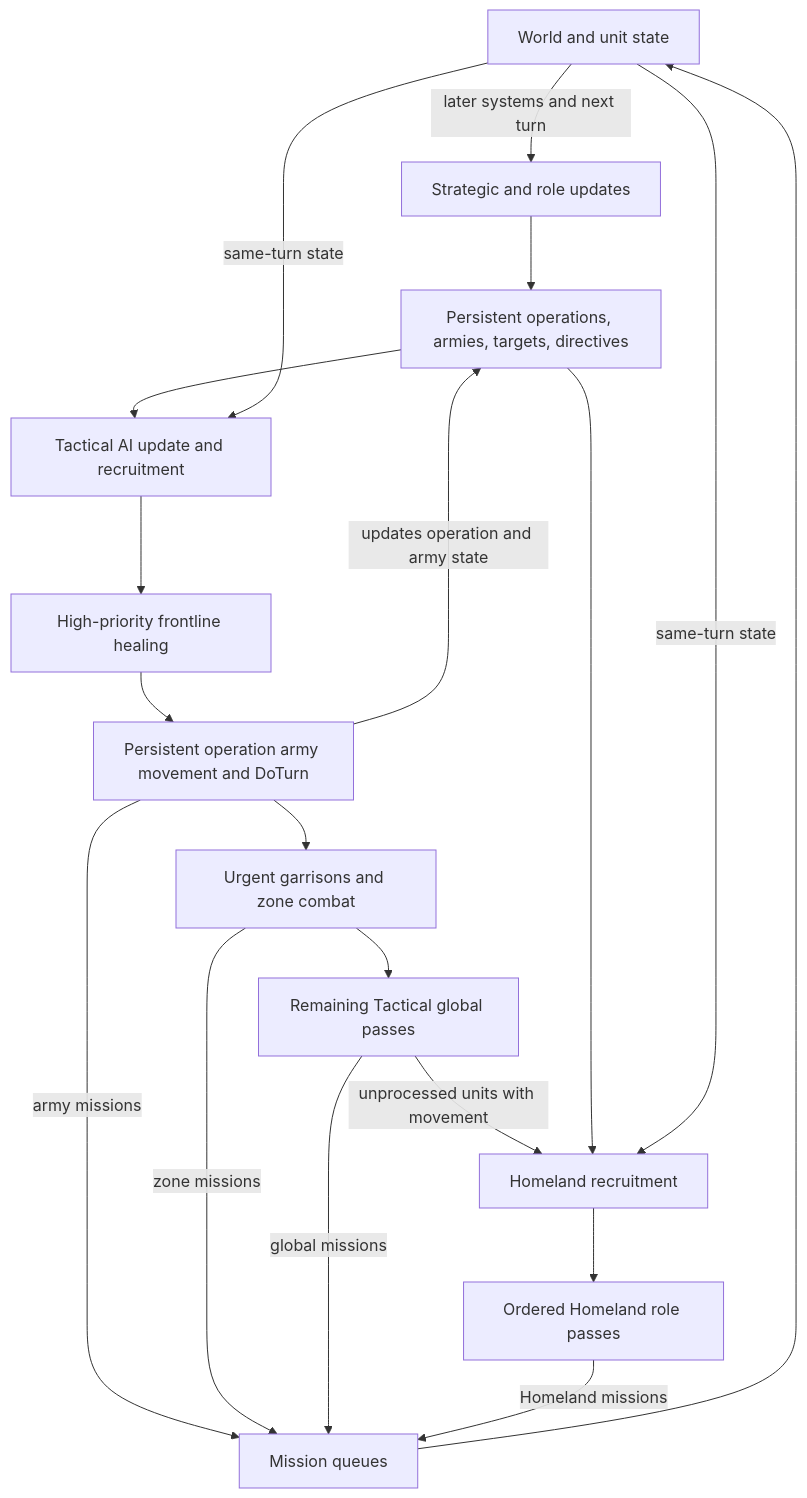
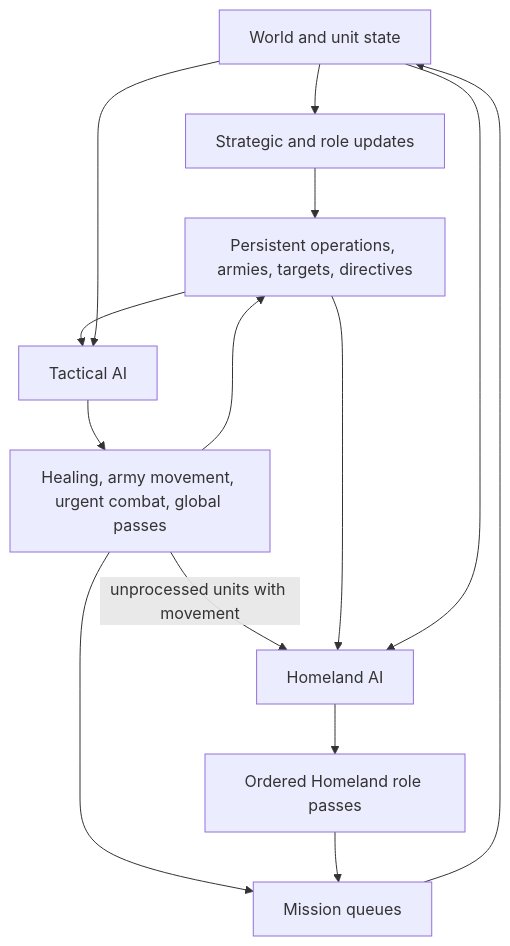
The diagram in docs/developers/civ5-dll/unit-ai/operation.md (vox-deorum/vox-deorum), drawn with Mermaid before and after one commit. The commit also changed other lines of this file and 14 other files, not shown here.

````diff
--- a/docs/developers/civ5-dll/unit-ai/operation.md
+++ b/docs/developers/civ5-dll/unit-ai/operation.md
@@ -9,21 +9,16 @@
 ```mermaid
 flowchart TD
-    W[World and unit state] -->|later systems and next turn| S[Strategic and role updates]
+    W[World and unit state] --> S[Strategic and role updates]
     S --> O[Persistent operations, armies, targets, directives]
-    O --> T[Tactical AI update and recruitment]
-    W -->|same-turn state| T
-    T --> F[High-priority frontline healing]
-    F --> A[Persistent operation army movement and DoTurn]
-    A --> G[Urgent garrisons and zone combat]
-    G --> X[Remaining Tactical global passes]
-    X -->|unprocessed units with movement| H[Homeland recruitment]
+    O --> T[Tactical AI]
+    W --> T
+    T --> A[Healing, army movement, urgent combat, global passes]
+    A -->|unprocessed units with movement| H[Homeland AI]
     O --> H
-    W -->|same-turn state| H
+    W --> H
     H --> R[Ordered Homeland role passes]
-    A -->|updates operation and army state| O
-    A -->|army missions| M[Mission queues]
-    G -->|zone missions| M
-    X -->|global missions| M
-    R -->|Homeland missions| M
+    A --> M[Mission queues]
+    R --> M
     M --> W
+    A --> O
 ```
````
